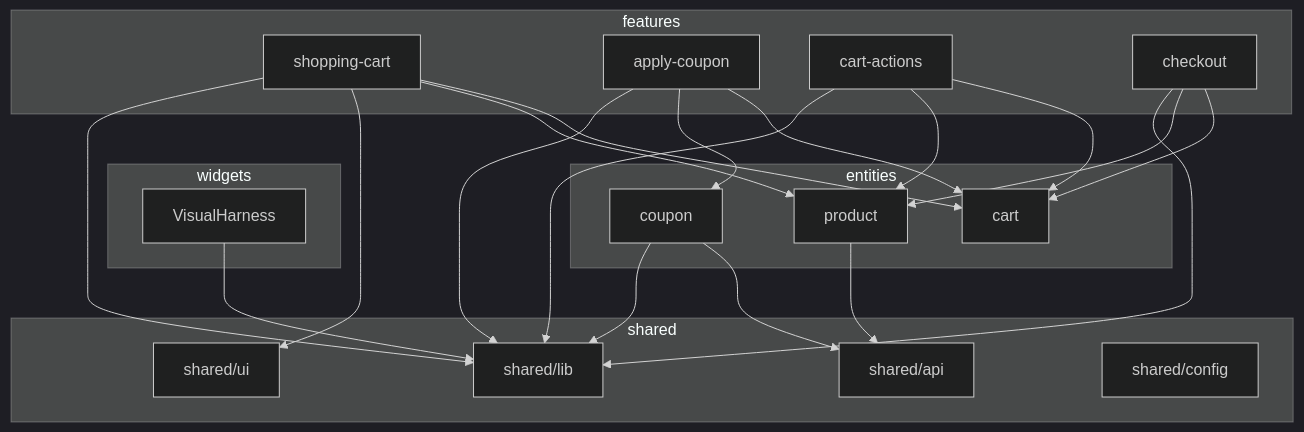
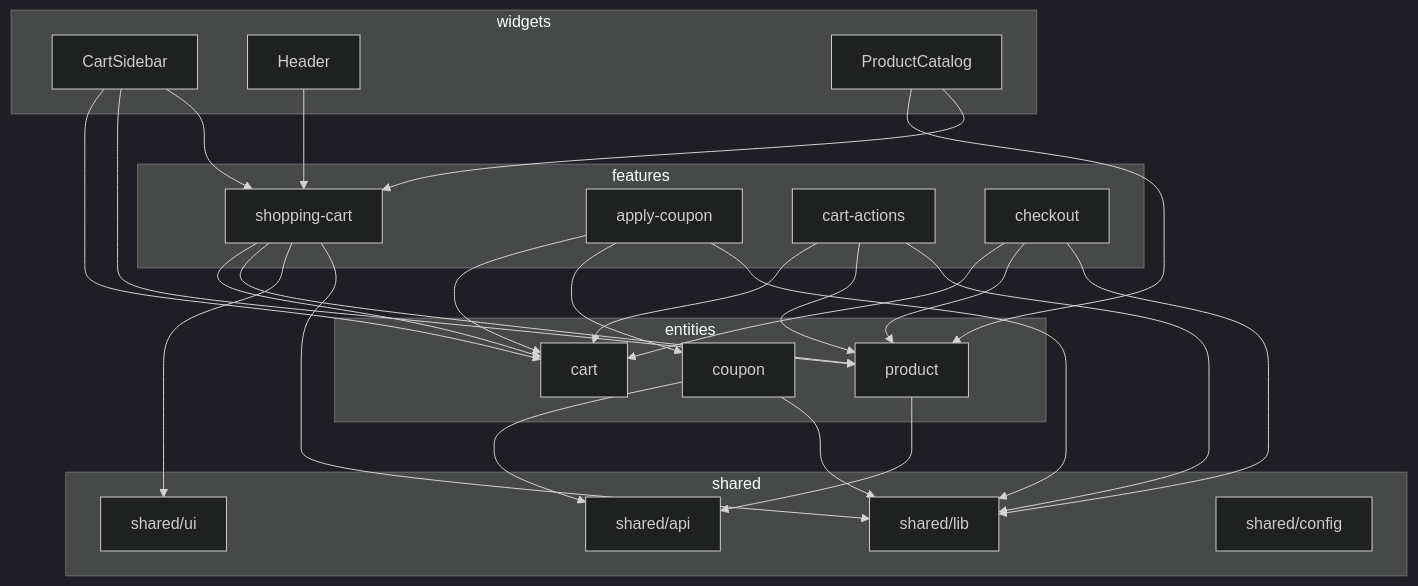
The second of 2 diagrams in ARCHITECTURE.md (PavelPetrovich87/fsd-shopping-cart), drawn with Mermaid (dark theme) before and after one commit.

Commit message:
fix: remove VisualHarness from architecture graph

````diff
--- a/ARCHITECTURE.md
+++ b/ARCHITECTURE.md
@@ -99,44 +99,51 @@
 ```mermaid
 graph TD
     subgraph widgets
-        VisualHarness
+        CartSidebar
+        Header
+        ProductCatalog
     end
 
     subgraph features
         shopping-cart
         apply-coupon
         cart-actions
         checkout
     end
 
     subgraph entities
         product
         cart
         coupon
     end
 
     subgraph shared
         shared/ui
         shared/lib
         shared/api
         shared/config
     end
 
-    VisualHarness --> shared/lib
+    CartSidebar --> cart
+    CartSidebar --> product
+    CartSidebar --> shopping-cart
+    Header --> shopping-cart
+    ProductCatalog --> product
+    ProductCatalog --> shopping-cart
     shopping-cart --> cart
     shopping-cart --> product
     shopping-cart --> shared/ui
     shopping-cart --> shared/lib
     apply-coupon --> cart
     apply-coupon --> coupon
     apply-coupon --> shared/lib
     cart-actions --> cart
     cart-actions --> product
     cart-actions --> shared/lib
     checkout --> cart
     checkout --> product
     checkout --> shared/lib
     product --> shared/api
     coupon --> shared/api
     coupon --> shared/lib
 ```
````
